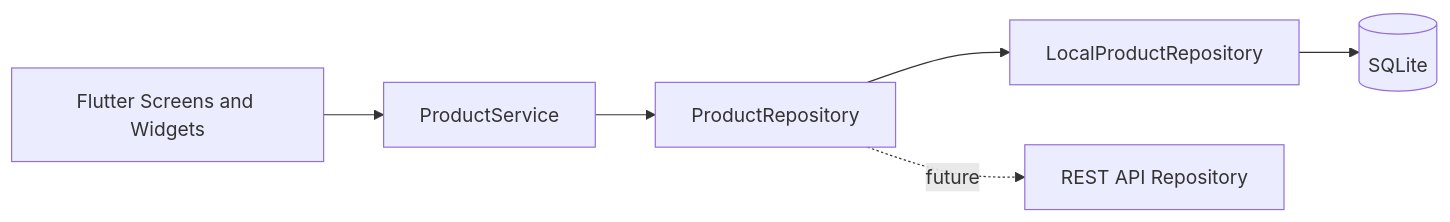
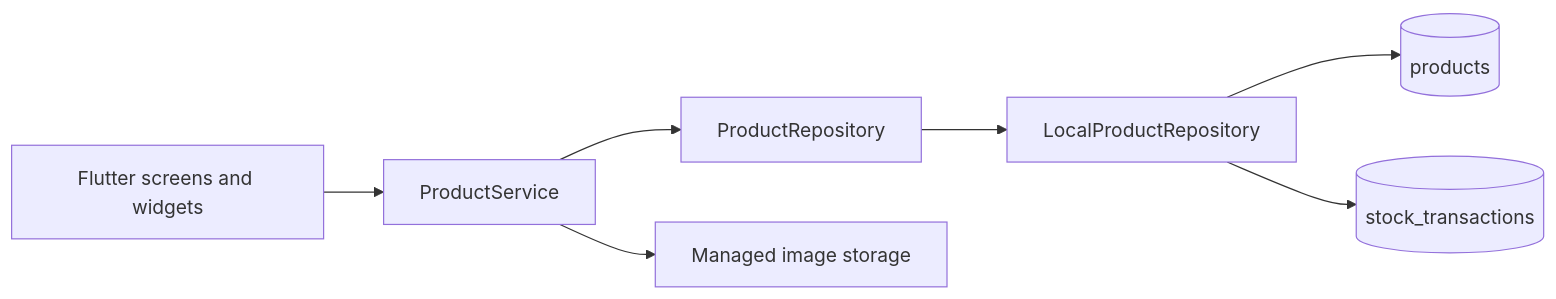
One commit to jrpbone/StockLens changed the diagram in README.md. Above: the diagram before and after it, drawn with Mermaid. The commit also changed other lines of this file and 147 other files, not shown here.

````diff
--- a/README.md
+++ b/README.md
@@ -123,8 +103,9 @@
 ```mermaid
 flowchart LR
-    UI[Flutter Screens and Widgets] --> Service[ProductService]
+    UI[Flutter screens and widgets] --> Service[ProductService]
     Service --> Contract[ProductRepository]
     Contract --> Local[LocalProductRepository]
-    Local --> DB[(SQLite)]
-    Contract -. future .-> API[REST API Repository]
+    Local --> Products[(products)]
+    Local --> History[(stock_transactions)]
+    Service --> Images[Managed image storage]
 ```
````
